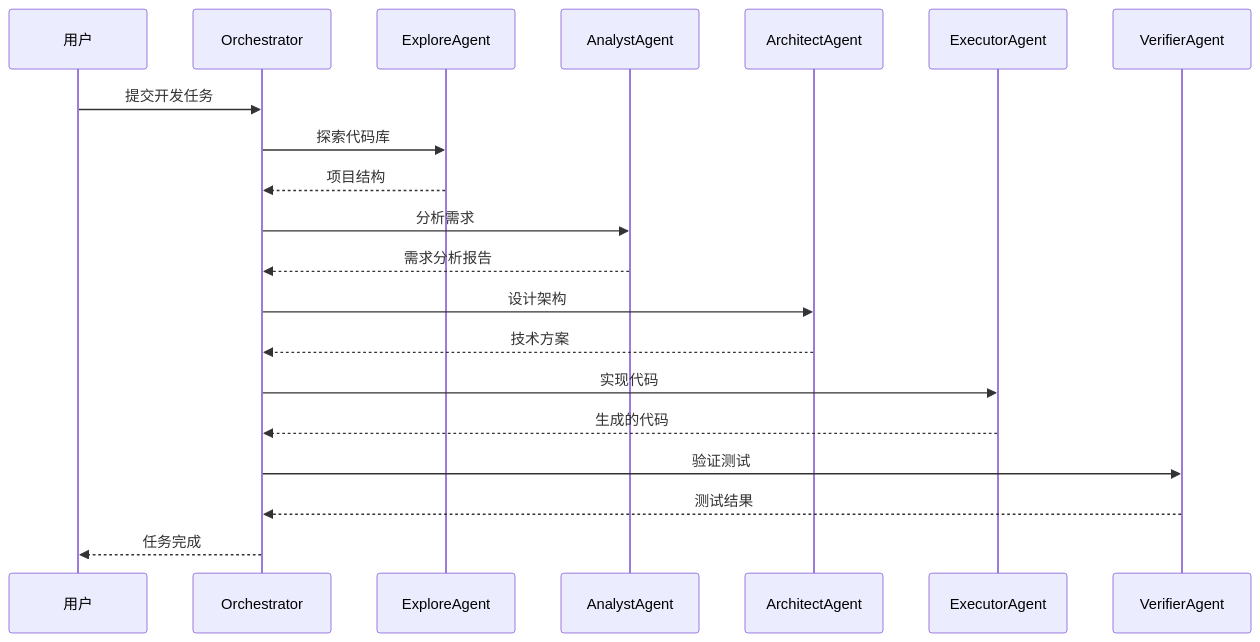
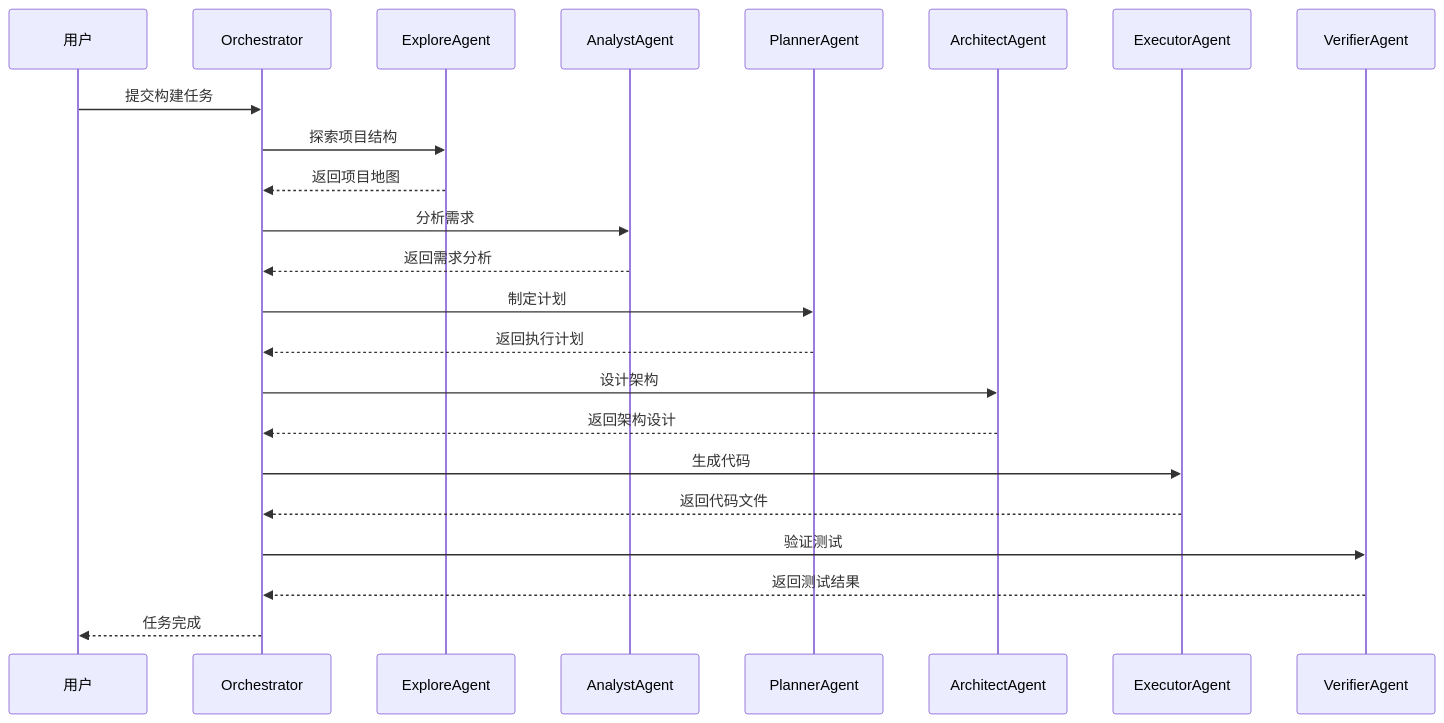
The third of 10 diagrams in docs/ARCHITECTURE.md (VOBC/oh-my-coder), drawn with Mermaid before and after one commit. The commit also changed other lines of this file and 3 other files, not shown here.

````diff
--- a/docs/ARCHITECTURE.md
+++ b/docs/ARCHITECTURE.md
@@ -181,23 +96,26 @@
 ```mermaid
 sequenceDiagram
     participant U as 用户
     participant O as Orchestrator
     participant E as ExploreAgent
     participant A as AnalystAgent
-    participant Ar as ArchitectAgent
-    participant Ex as ExecutorAgent
+    participant P as PlannerAgent
+    participant AR as ArchitectAgent
+    participant EX as ExecutorAgent
     participant V as VerifierAgent
-    
-    U->>O: 提交开发任务
-    O->>E: 探索代码库
-    E-->>O: 项目结构
+
+    U->>O: 提交构建任务
+    O->>E: 探索项目结构
+    E-->>O: 返回项目地图
     O->>A: 分析需求
-    A-->>O: 需求分析报告
-    O->>Ar: 设计架构
-    Ar-->>O: 技术方案
-    O->>Ex: 实现代码
-    Ex-->>O: 生成的代码
+    A-->>O: 返回需求分析
+    O->>P: 制定计划
+    P-->>O: 返回执行计划
+    O->>AR: 设计架构
+    AR-->>O: 返回架构设计
+    O->>EX: 生成代码
+    EX-->>O: 返回代码文件
     O->>V: 验证测试
-    V-->>O: 测试结果
+    V-->>O: 返回测试结果
     O-->>U: 任务完成
 ```
````
